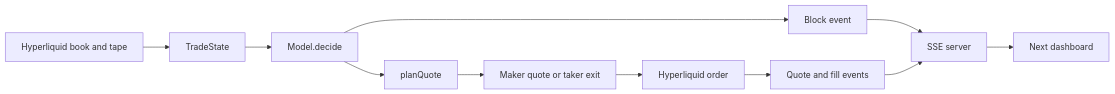
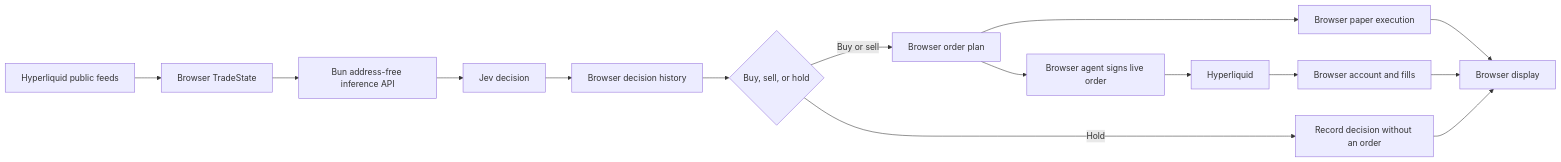
Before and after one commit to prime-optimal/jev-trade: the diagram in docs/architecture.md, drawn with Mermaid. The commit also changed other lines of this file and 1 other file, not shown here.

Commit message:
docs: define browser trading ownership contract (#19)

````diff
--- a/docs/architecture.md
+++ b/docs/architecture.md
@@ -49,13 +45,17 @@
 ```mermaid
 flowchart LR
-  A[Hyperliquid book and tape] --> B[TradeState]
-  B --> C[Model.decide]
-  C --> D[planQuote]
-  D --> E[Maker quote or taker exit]
-  E --> F[Hyperliquid order]
-  C --> G[Block event]
-  F --> H[Quote and fill events]
-  G --> I[SSE server]
-  H --> I
-  I --> J[Next dashboard]
+  A[Hyperliquid public feeds] --> B[Browser TradeState]
+  B --> C[Bun address-free inference API]
+  C --> D[Jev decision]
+  D --> E[Browser decision history]
+  E --> F{Buy, sell, or hold}
+  F -->|Buy or sell| G[Browser order plan]
+  F -->|Hold| H[Record decision without an order]
+  G --> I[Browser paper execution]
+  G --> J[Browser agent signs live order]
+  J --> K[Hyperliquid]
+  K --> L[Browser account and fills]
+  I --> M[Browser display]
+  L --> M
+  H --> M
 ```
````
